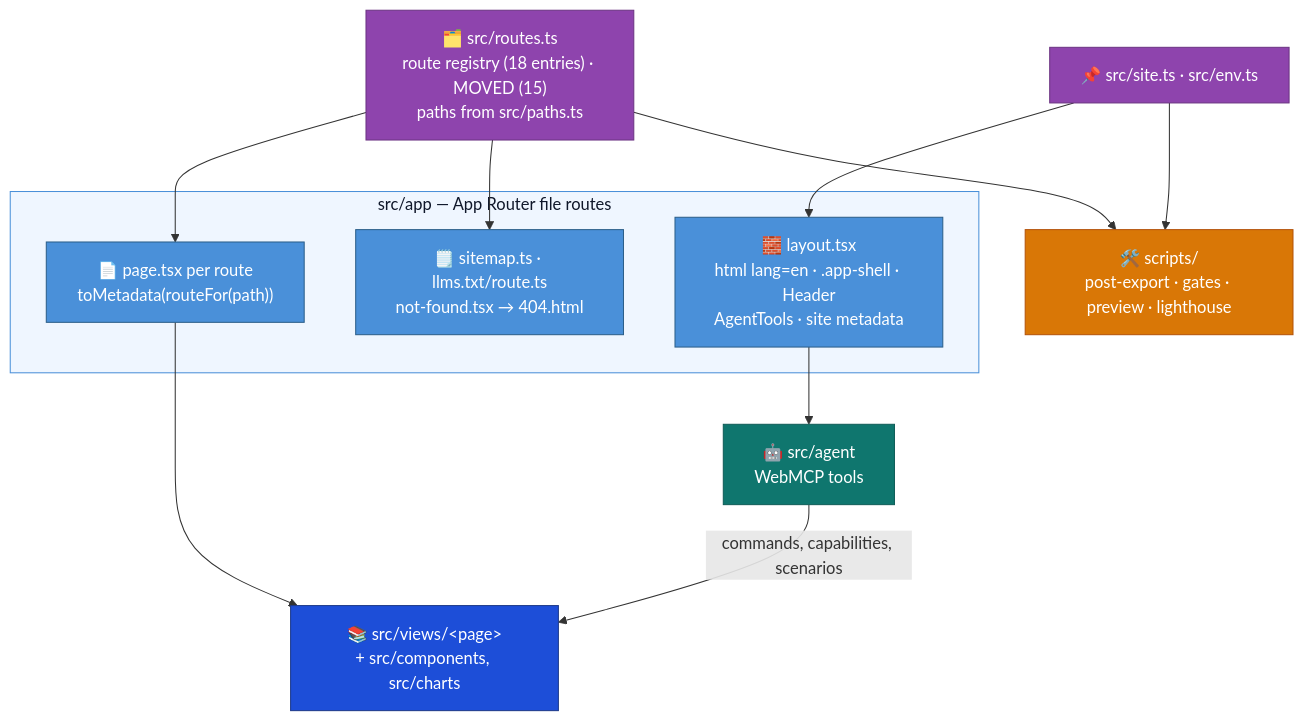
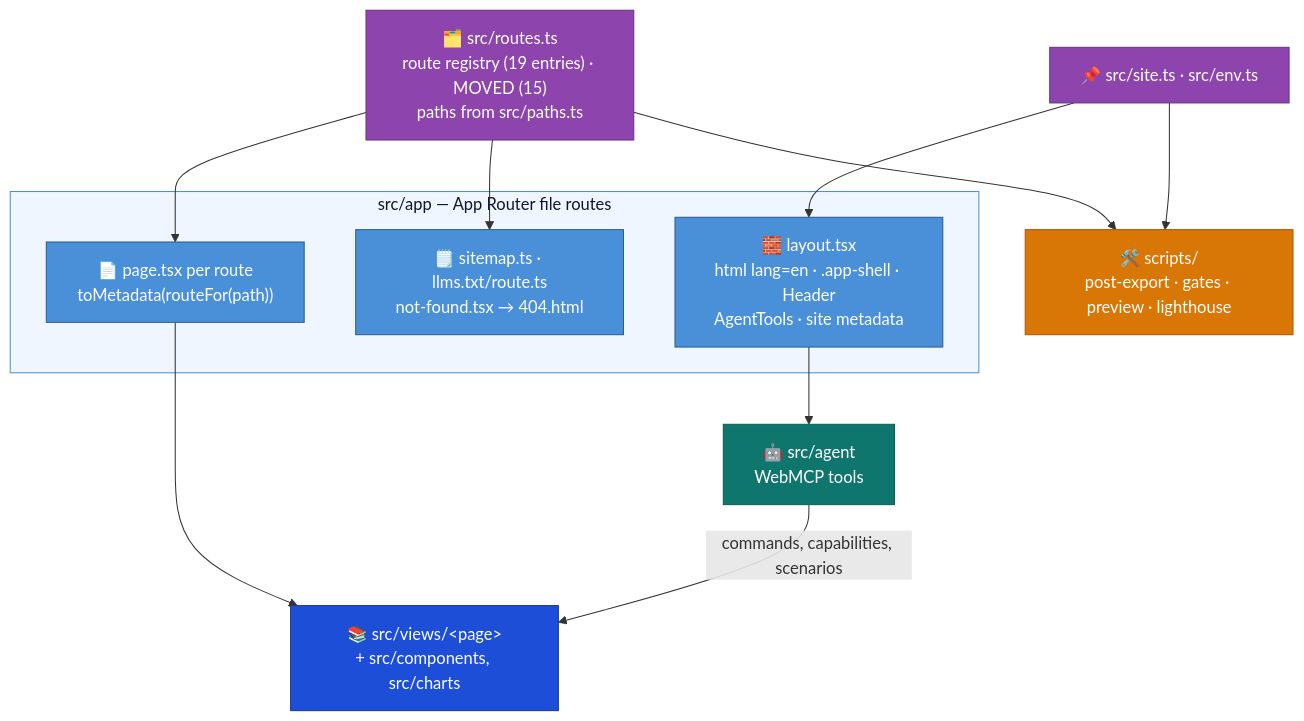
One commit to DataArt/artisyn-implementation-harness changed the first of 2 diagrams in docs/System Architecture (LLD)/Web Explorer/00. Overview.md. Above: the diagram before and after it, drawn with Mermaid. The commit also changed other lines of this file and 8 other files, not shown here.

````diff
--- a/docs/System Architecture (LLD)/Web Explorer/00. Overview.md
+++ b/docs/System Architecture (LLD)/Web Explorer/00. Overview.md
@@ -35,30 +35,30 @@
 ```mermaid
 flowchart TD
     subgraph APP ["  src/app — App Router file routes  "]
         LAYOUT["🧱 layout.tsx\nhtml lang=en · .app-shell · Header\nAgentTools · site metadata"]:::app
         PAGES["📄 page.tsx per route\ntoMetadata(routeFor(path))"]:::app
         META["🗒️ sitemap.ts · llms.txt/route.ts\nnot-found.tsx → 404.html"]:::app
     end
 
-    REG["🗂️ src/routes.ts\nroute registry (18 entries) · MOVED (15)\npaths from src/paths.ts"]:::registry
+    REG["🗂️ src/routes.ts\nroute registry (19 entries) · MOVED (15)\npaths from src/paths.ts"]:::registry
     SITE["📌 src/site.ts · src/env.ts"]:::registry
     VIEWS["📚 src/views/&lt;page&gt;\n+ src/components, src/charts"]:::views
     AGENT["🤖 src/agent\nWebMCP tools"]:::agent
     SCRIPTS["🛠️ scripts/\npost-export · gates · preview · lighthouse"]:::build
 
     REG --> PAGES
     REG --> META
     PAGES --> VIEWS
     SITE --> LAYOUT
     LAYOUT --> AGENT
     AGENT -->|"commands, capabilities, scenarios"| VIEWS
     REG --> SCRIPTS
     SITE --> SCRIPTS
 
     classDef app      fill:#4A90D9,stroke:#2C5F8A,color:#fff
     classDef registry fill:#8E44AD,stroke:#6C3483,color:#fff
     classDef views    fill:#1D4ED8,stroke:#1e3a8a,color:#fff
     classDef agent    fill:#0F766E,stroke:#115E59,color:#fff
     classDef build    fill:#D97706,stroke:#B45309,color:#fff
     style APP fill:#EFF6FF,stroke:#4A90D9,color:#0f172a
 ```
````
